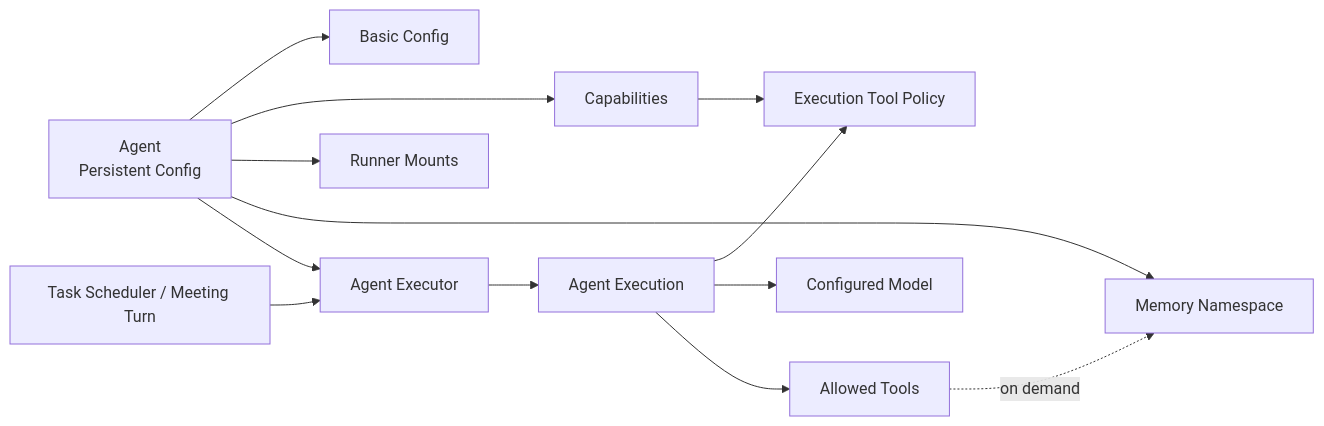
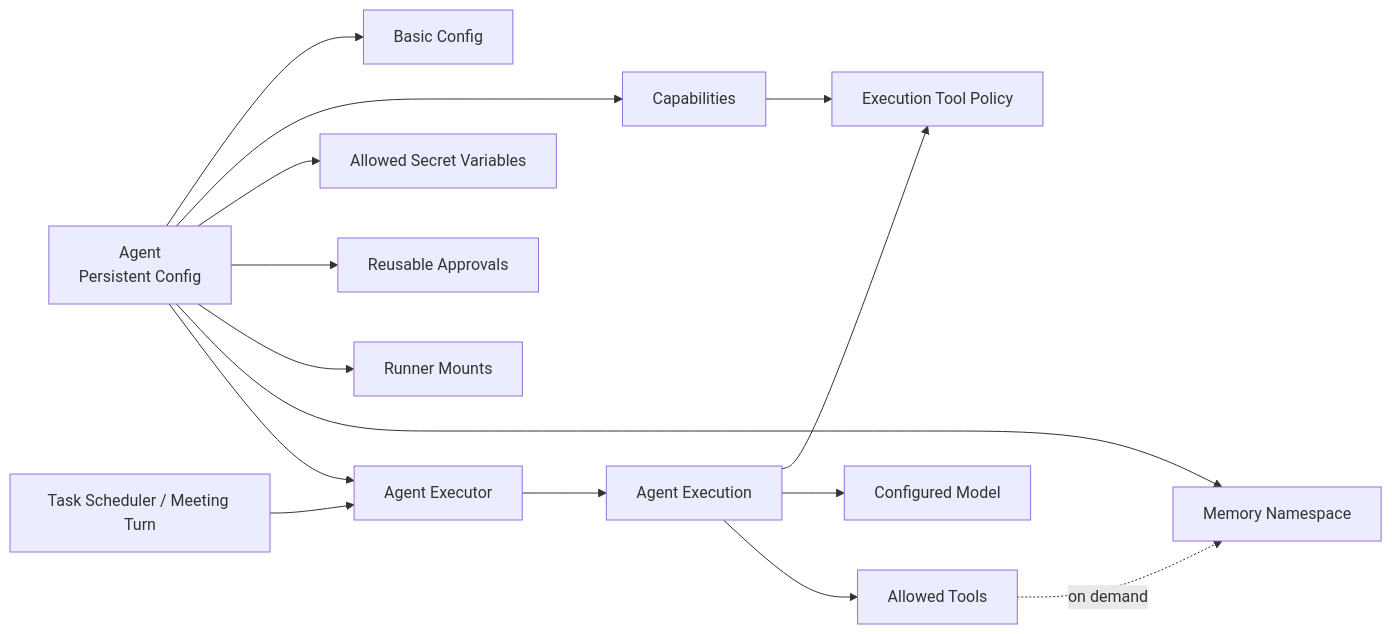
The diagram in docs/architecture/agent-management.md (LunaDeerTech/agenteam), drawn with Mermaid before and after one commit. The commit also changed other lines of this file and 17 other files, not shown here.

Commit message:
docs: refine architecture and governance design

````diff
--- a/docs/architecture/agent-management.md
+++ b/docs/architecture/agent-management.md
@@ -101,22 +174,24 @@
 ```mermaid
 flowchart LR
     Agent["Agent<br/>Persistent Config"]
 
     Agent --> Basic["Basic Config"]
     Agent --> Capability["Capabilities"]
+    Agent --> SecretVars["Allowed Secret Variables"]
+    Agent --> Approvals["Reusable Approvals"]
     Agent --> Mounts["Runner Mounts"]
     Agent --> MemoryNS["Memory Namespace"]
 
     Trigger["Task Scheduler / Meeting Turn"] --> Executor["Agent Executor"]
     Executor --> Execution["Agent Execution"]
 
     Agent --> Executor
 
     Execution --> ToolPolicy["Execution Tool Policy"]
     Capability --> ToolPolicy
 
     Execution --> Model["Configured Model"]
     Execution --> Tools["Allowed Tools"]
 
     Tools -.on demand.-> MemoryNS
 ```
````
